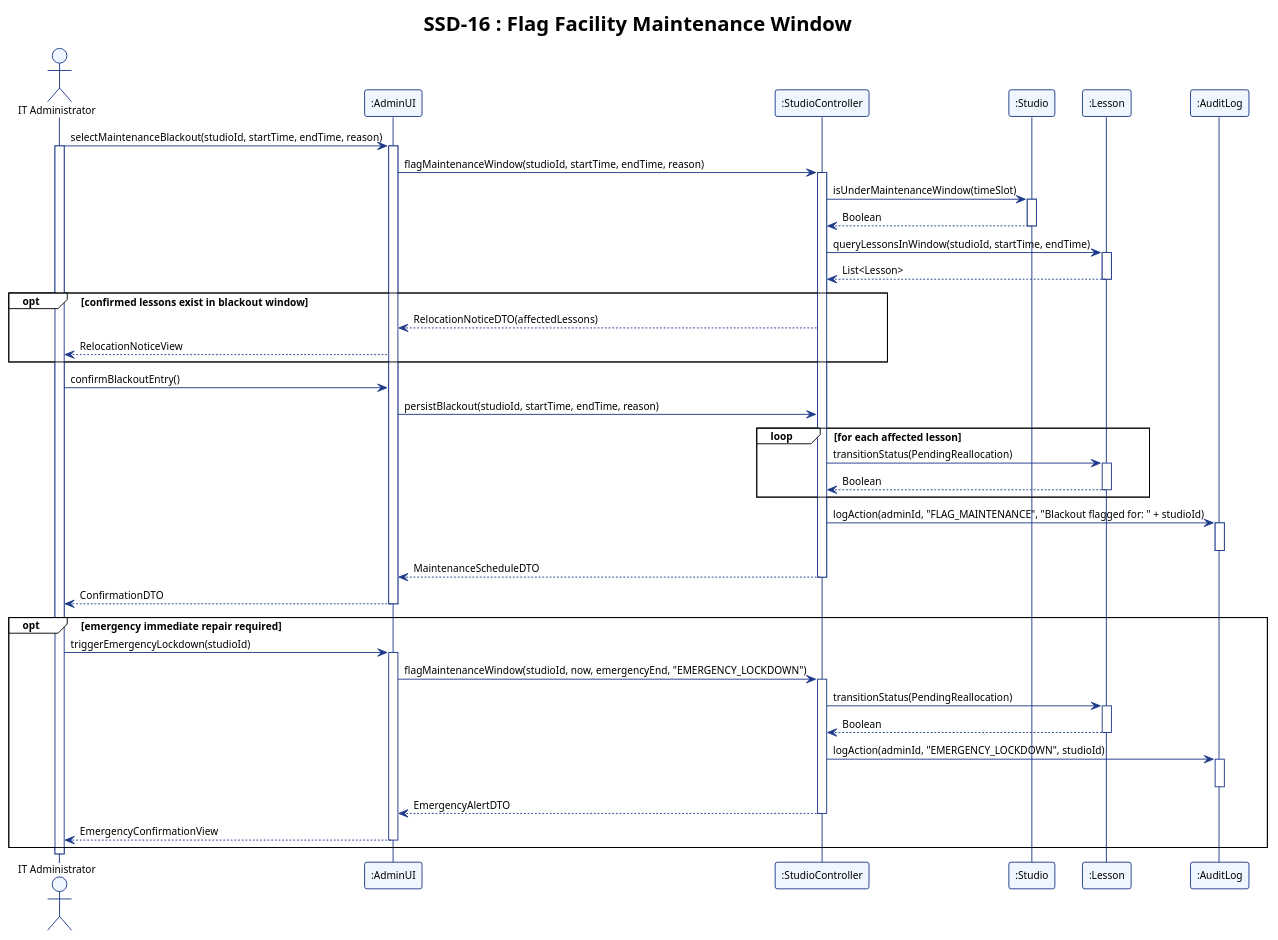
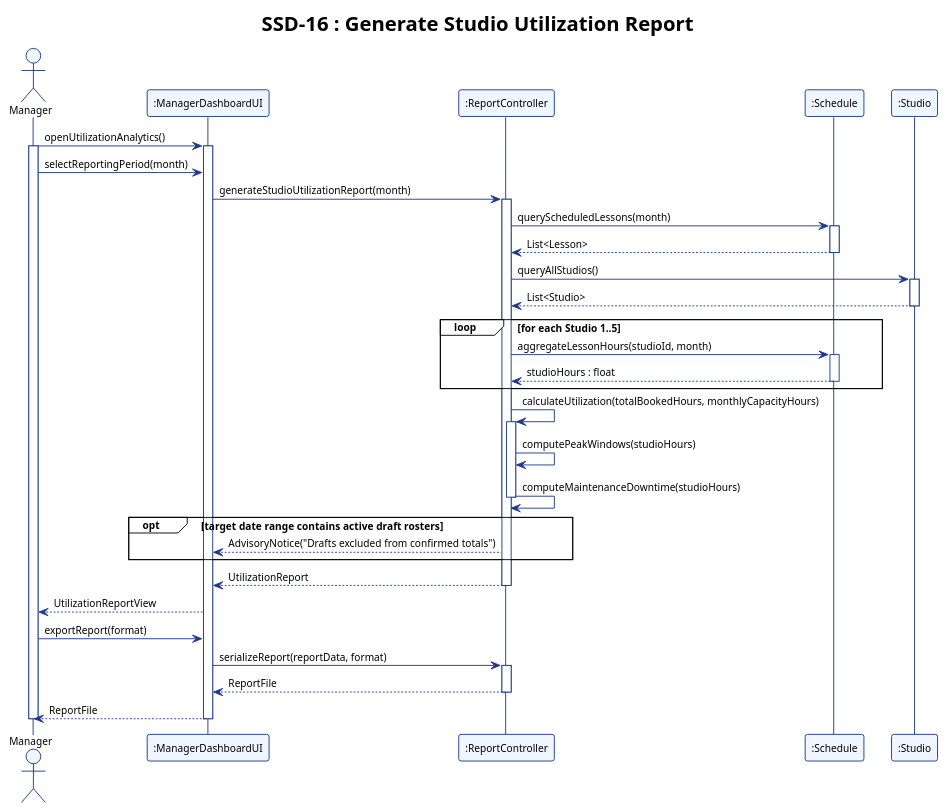
Before and after one commit to adoreblvnk/2001temp: the diagram in report/assets/ssd_16.puml, drawn with PlantUML. The commit also changed 27 other files, not shown here.

```diff
--- a/report/assets/ssd_16.puml
+++ b/report/assets/ssd_16.puml
@@ -1,84 +1,73 @@
 @startuml ssd_16
 !theme plain
 skinparam shadowing false
 skinparam defaultFontName "Helvetica", "Arial", sans-serif
 skinparam defaultFontSize 11
 skinparam sequence {
     ParticipantBorderColor #1E3A8A
     ParticipantBackgroundColor #EFF6FF
     LifeLineBorderColor #1E3A8A
     LifeLineBackgroundColor #FFFFFF
     ArrowColor #1E3A8A
     ActorBorderColor #1E3A8A
     ActorBackgroundColor #EFF6FF
 }
 
-title SSD-16 : Flag Facility Maintenance Window
+title SSD-16 : Generate Studio Utilization Report
 
-actor "IT Administrator" as ITAdmin
-participant ":AdminUI" as AdminUI
-participant ":StudioController" as StudioController
+actor "Manager" as Manager
+participant ":ManagerDashboardUI" as UI
+participant ":ReportController" as ReportController
+participant ":Schedule" as Schedule
 participant ":Studio" as Studio
-participant ":Lesson" as Lesson
-participant ":AuditLog" as AuditLog
 
-ITAdmin -> AdminUI : selectMaintenanceBlackout(studioId, startTime, endTime, reason)
-activate ITAdmin
-activate AdminUI
-AdminUI -> StudioController : flagMaintenanceWindow(studioId, startTime, endTime, reason)
-activate StudioController
+Manager -> UI : openUtilizationAnalytics()
+activate Manager
+activate UI
 
-StudioController -> Studio : isUnderMaintenanceWindow(timeSlot)
+Manager -> UI : selectReportingPeriod(month)
+UI -> ReportController : generateStudioUtilizationReport(month)
+activate ReportController
+
+ReportController -> Schedule : queryScheduledLessons(month)
+activate Schedule
+Schedule --> ReportController : List<Lesson>
+deactivate Schedule
+
+ReportController -> Studio : queryAllStudios()
 activate Studio
-Studio --> StudioController : Boolean
+Studio --> ReportController : List<Studio>
 deactivate Studio
 
-StudioController -> Lesson : queryLessonsInWindow(studioId, startTime, endTime)
-activate Lesson
-Lesson --> StudioController : List<Lesson>
-deactivate Lesson
-
-opt confirmed lessons exist in blackout window
-    StudioController --> AdminUI : RelocationNoticeDTO(affectedLessons)
-    AdminUI --> ITAdmin : RelocationNoticeView
+loop for each Studio 1..5
+    ReportController -> Schedule : aggregateLessonHours(studioId, month)
+    activate Schedule
+    Schedule --> ReportController : studioHours : float
+    deactivate Schedule
 end
 
-ITAdmin -> AdminUI : confirmBlackoutEntry()
-AdminUI -> StudioController : persistBlackout(studioId, startTime, endTime, reason)
+ReportController -> ReportController : calculateUtilization(totalBookedHours, monthlyCapacityHours)
+activate ReportController
+ReportController -> ReportController : computePeakWindows(studioHours)
+ReportController -> ReportController : computeMaintenanceDowntime(studioHours)
+deactivate ReportController
 
-loop for each affected lesson
-    StudioController -> Lesson : transitionStatus(PendingReallocation)
-    activate Lesson
-    Lesson --> StudioController : Boolean
-    deactivate Lesson
+opt target date range contains active draft rosters
+    ReportController --> UI : AdvisoryNotice("Drafts excluded from confirmed totals")
 end
 
-StudioController -> AuditLog : logAction(adminId, "FLAG_MAINTENANCE", "Blackout flagged for: " + studioId)
-activate AuditLog
-deactivate AuditLog
+ReportController --> UI : UtilizationReport
+deactivate ReportController
 
-StudioController --> AdminUI : MaintenanceScheduleDTO
-deactivate StudioController
-AdminUI --> ITAdmin : ConfirmationDTO
-deactivate AdminUI
+UI --> Manager : UtilizationReportView
 
-opt emergency immediate repair required
-    ITAdmin -> AdminUI : triggerEmergencyLockdown(studioId)
-    activate AdminUI
-    AdminUI -> StudioController : flagMaintenanceWindow(studioId, now, emergencyEnd, "EMERGENCY_LOCKDOWN")
-    activate StudioController
-    StudioController -> Lesson : transitionStatus(PendingReallocation)
-    activate Lesson
-    Lesson --> StudioController : Boolean
-    deactivate Lesson
-    StudioController -> AuditLog : logAction(adminId, "EMERGENCY_LOCKDOWN", studioId)
-    activate AuditLog
-    deactivate AuditLog
-    StudioController --> AdminUI : EmergencyAlertDTO
-    deactivate StudioController
-    AdminUI --> ITAdmin : EmergencyConfirmationView
-    deactivate AdminUI
-end
+Manager -> UI : exportReport(format)
+UI -> ReportController : serializeReport(reportData, format)
+activate ReportController
+ReportController --> UI : ReportFile
+deactivate ReportController
+UI --> Manager : ReportFile
+deactivate UI
+deactivate Manager
 
-deactivate ITAdmin
 @enduml
```
